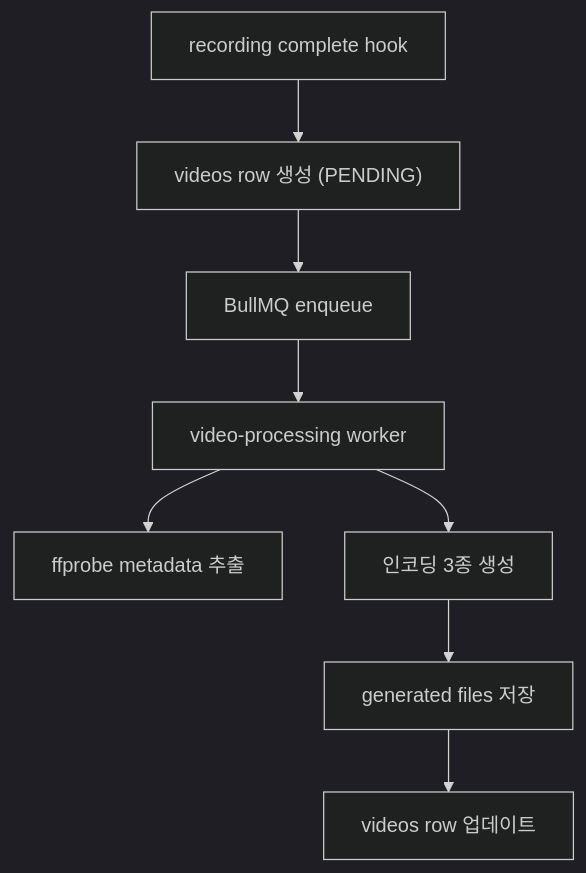
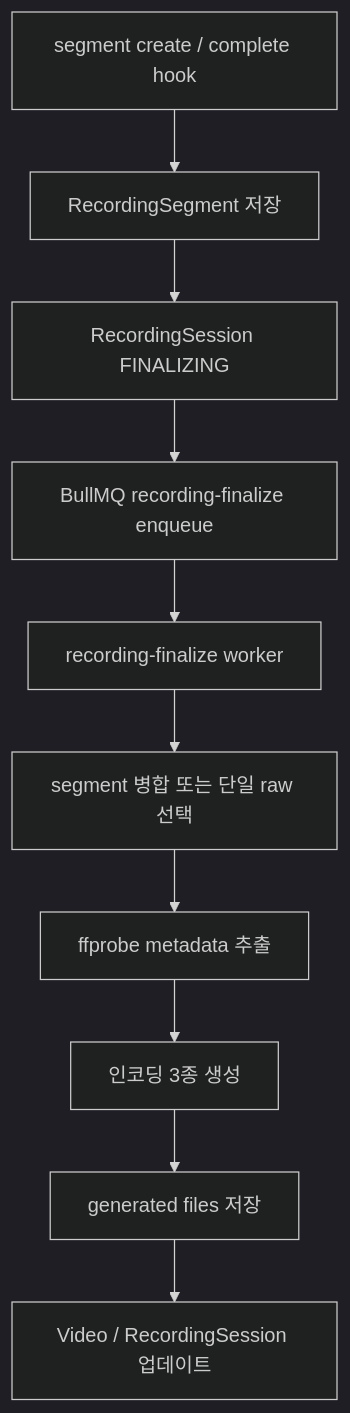
The first of 2 diagrams in docs/10. project_processing.md (ego-flow/ego-flow-server), drawn with Mermaid (dark theme) before and after one commit. The commit also changed other lines of this file and 39 other files, not shown here.

````diff
--- a/docs/10. project_processing.md
+++ b/docs/10. project_processing.md
@@ -9,10 +9,12 @@
 ```mermaid
 flowchart TD
-    Hook["recording complete hook"] --> Video["videos row 생성 (PENDING)"]
-    Video --> Queue["BullMQ enqueue"]
-    Queue --> Worker["video-processing worker"]
-    Worker --> Metadata["ffprobe metadata 추출"]
-    Worker --> Encode["인코딩 3종 생성"]
+    Hook["segment create / complete hook"] --> Segment["RecordingSegment 저장"]
+    Segment --> Finalizing["RecordingSession FINALIZING"]
+    Finalizing --> Queue["BullMQ recording-finalize enqueue"]
+    Queue --> Worker["recording-finalize worker"]
+    Worker --> Merge["segment 병합 또는 단일 raw 선택"]
+    Merge --> Metadata["ffprobe metadata 추출"]
+    Metadata --> Encode["인코딩 3종 생성"]
     Encode --> Files["generated files 저장"]
-    Files --> DB["videos row 업데이트"]
+    Files --> DB["Video / RecordingSession 업데이트"]
 ```
````
